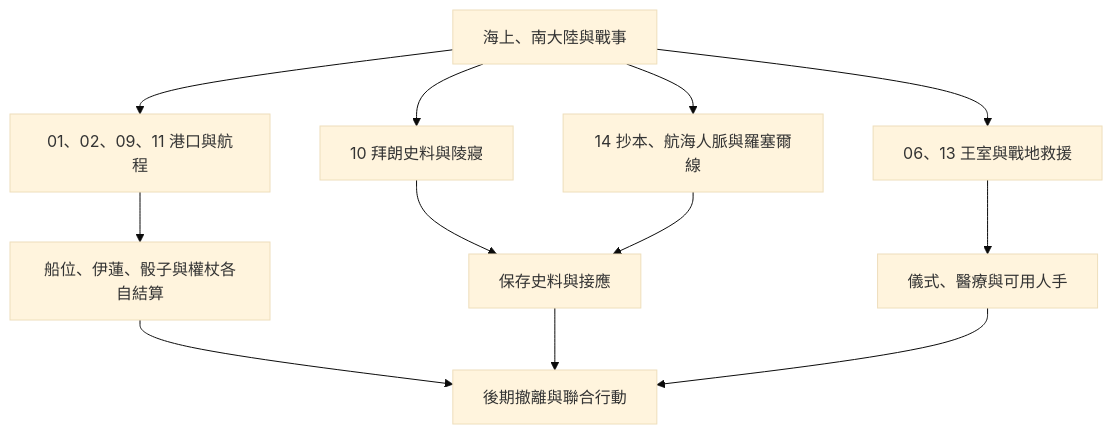
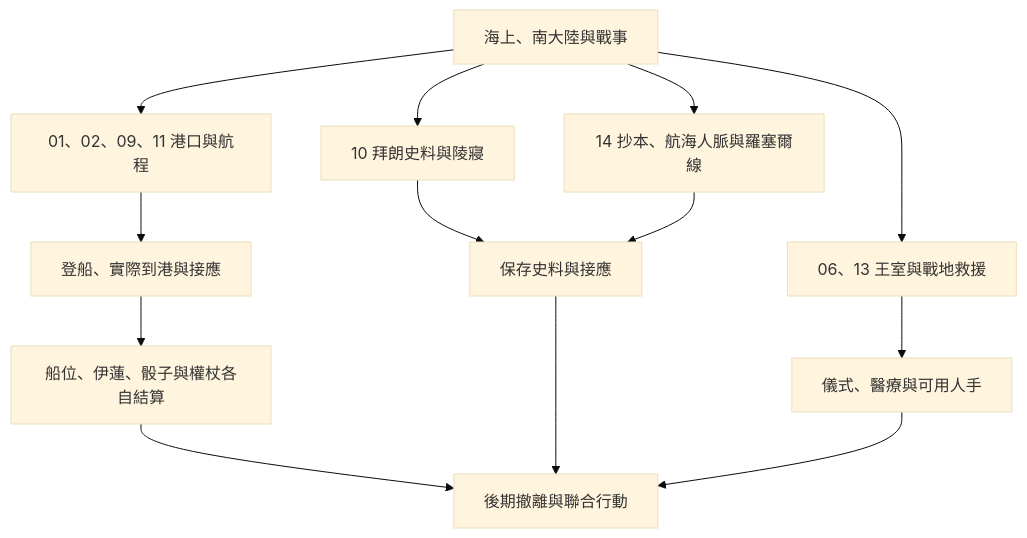
One commit to dragon961204-cmd/- changed the fifth of 7 diagrams in game/events/part_one_story_tree.md. Above: the diagram before and after it, drawn with Mermaid (base theme). The commit also changed other lines of this file, not shown here.

````diff
--- a/game/events/part_one_story_tree.md
+++ b/game/events/part_one_story_tree.md
@@ -93,14 +93,15 @@
 ```mermaid
 flowchart TD
     A["海上、南大陸與戰事"] --> B["01、02、09、11 港口與航程"]
     A --> C["10 拜朗史料與陵寢"]
     A --> D["14 抄本、航海人脈與羅塞爾線"]
     A --> E["06、13 王室與戰地救援"]
-    B --> F["船位、伊蓮、骰子與權杖各自結算"]
+    B --> J["登船、實際到港與接應"]
+    J --> F["船位、伊蓮、骰子與權杖各自結算"]
     C --> G["保存史料與接應"]
     D --> G
     E --> H["儀式、醫療與可用人手"]
     F --> I["後期撤離與聯合行動"]
     G --> I
     H --> I
 ```
````
